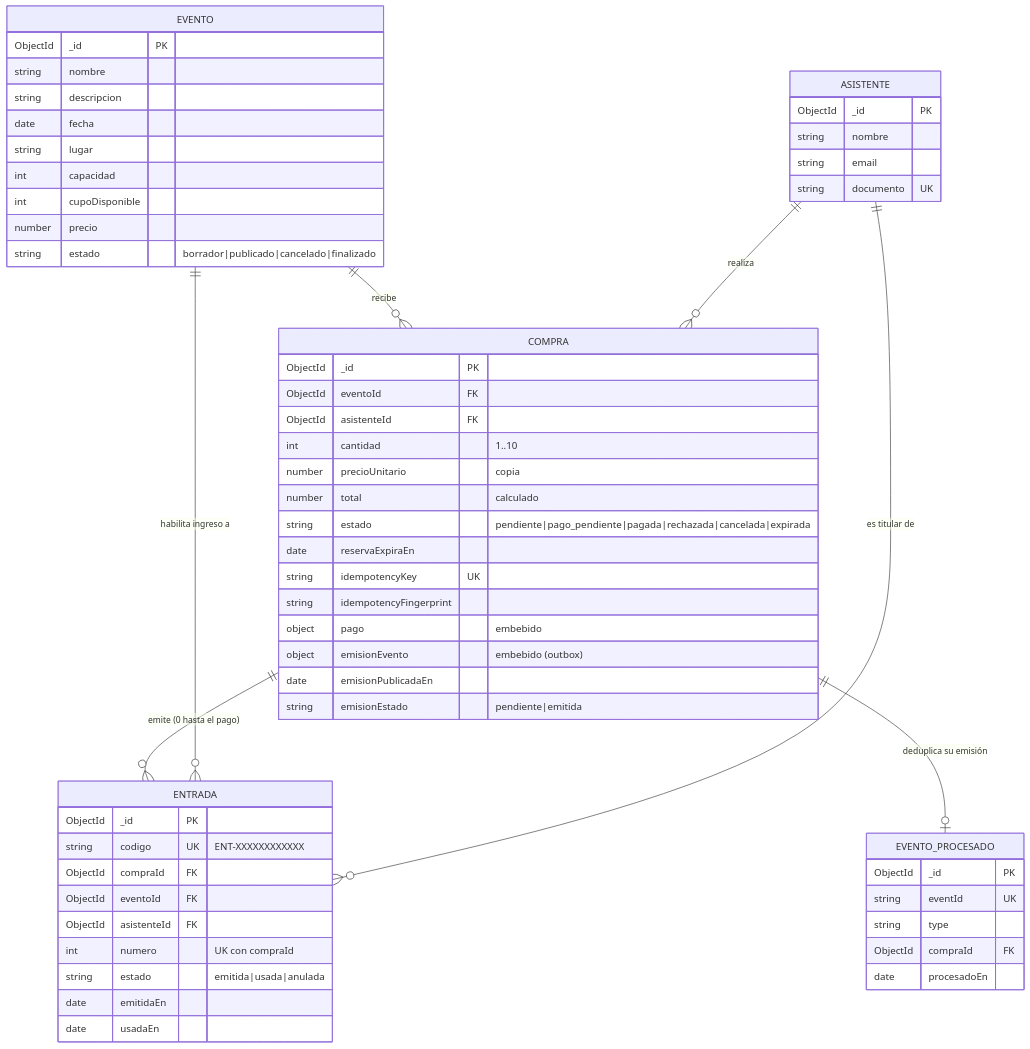
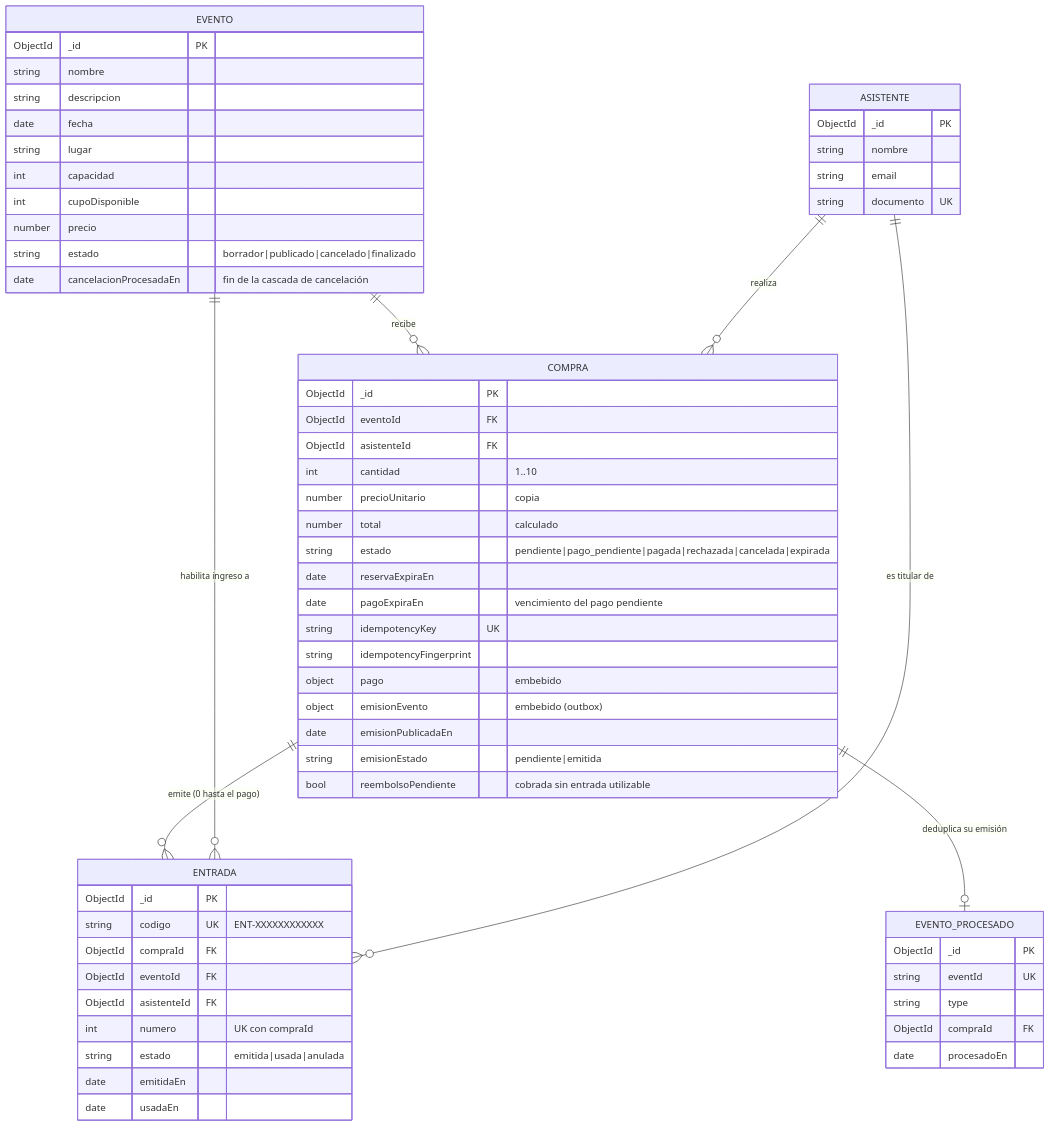
Before and after one commit to Juan-C-Ceballos/iaew-eventos-entradas: the first of 4 diagrams in docs/modelo-datos.md, drawn with Mermaid. The commit also changed other lines of this file and 23 other files, not shown here.

First line of the commit message:
[UPD] Ciclo de vida de compra y evento: pago, conciliacion, cupo, cancelacion y fechas

````diff
--- a/docs/modelo-datos.md
+++ b/docs/modelo-datos.md
@@ -7,61 +7,64 @@
 ```mermaid
 erDiagram
   EVENTO ||--o{ COMPRA : "recibe"
   ASISTENTE ||--o{ COMPRA : "realiza"
   COMPRA ||--o{ ENTRADA : "emite (0 hasta el pago)"
   EVENTO ||--o{ ENTRADA : "habilita ingreso a"
   ASISTENTE ||--o{ ENTRADA : "es titular de"
   COMPRA ||--o| EVENTO_PROCESADO : "deduplica su emisión"
 
   EVENTO {
     ObjectId _id PK
     string nombre
     string descripcion
     date fecha
     string lugar
     int capacidad
     int cupoDisponible
     number precio
     string estado "borrador|publicado|cancelado|finalizado"
+    date cancelacionProcesadaEn "fin de la cascada de cancelación"
   }
   ASISTENTE {
     ObjectId _id PK
     string nombre
     string email
     string documento UK
   }
   COMPRA {
     ObjectId _id PK
     ObjectId eventoId FK
     ObjectId asistenteId FK
     int cantidad "1..10"
     number precioUnitario "copia"
     number total "calculado"
     string estado "pendiente|pago_pendiente|pagada|rechazada|cancelada|expirada"
     date reservaExpiraEn
+    date pagoExpiraEn "vencimiento del pago pendiente"
     string idempotencyKey UK
     string idempotencyFingerprint
     object pago "embebido"
     object emisionEvento "embebido (outbox)"
     date emisionPublicadaEn
     string emisionEstado "pendiente|emitida"
+    bool reembolsoPendiente "cobrada sin entrada utilizable"
   }
   ENTRADA {
     ObjectId _id PK
     string codigo UK "ENT-XXXXXXXXXXXX"
     ObjectId compraId FK
     ObjectId eventoId FK
     ObjectId asistenteId FK
     int numero "UK con compraId"
     string estado "emitida|usada|anulada"
     date emitidaEn
     date usadaEn
   }
   EVENTO_PROCESADO {
     ObjectId _id PK
     string eventId UK
     string type
     ObjectId compraId FK
     date procesadoEn
   }
 ```
````
